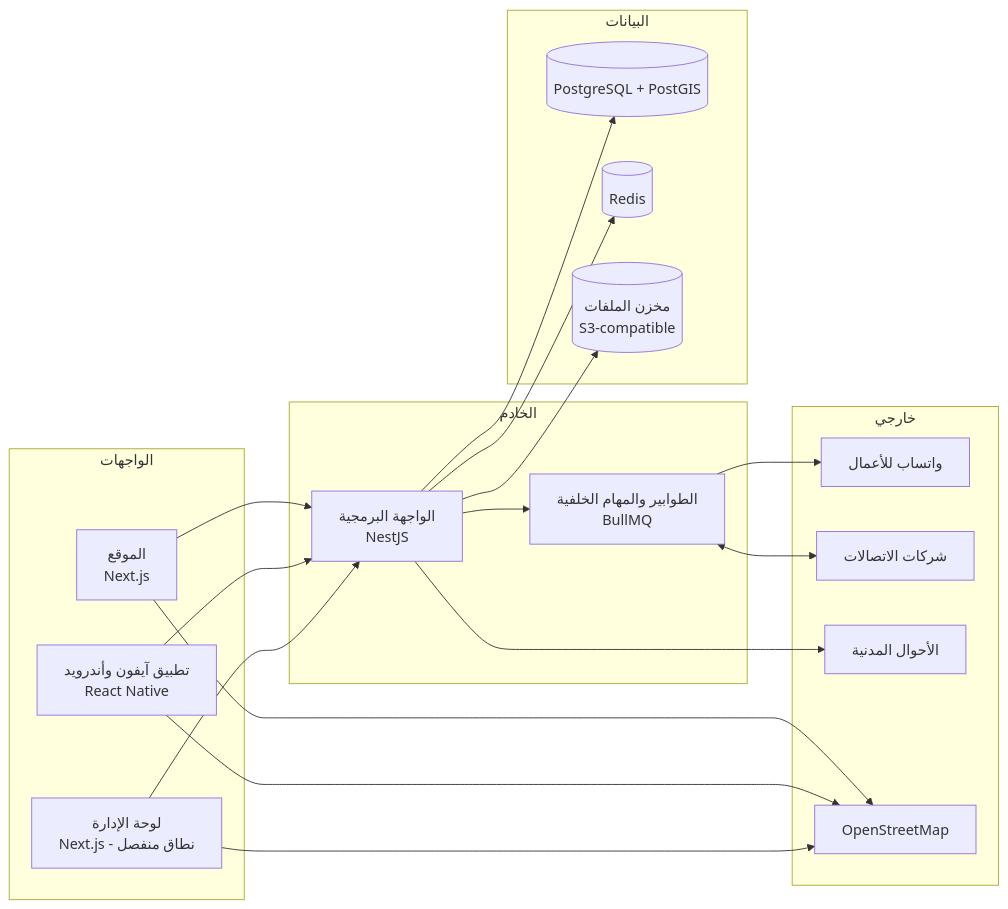
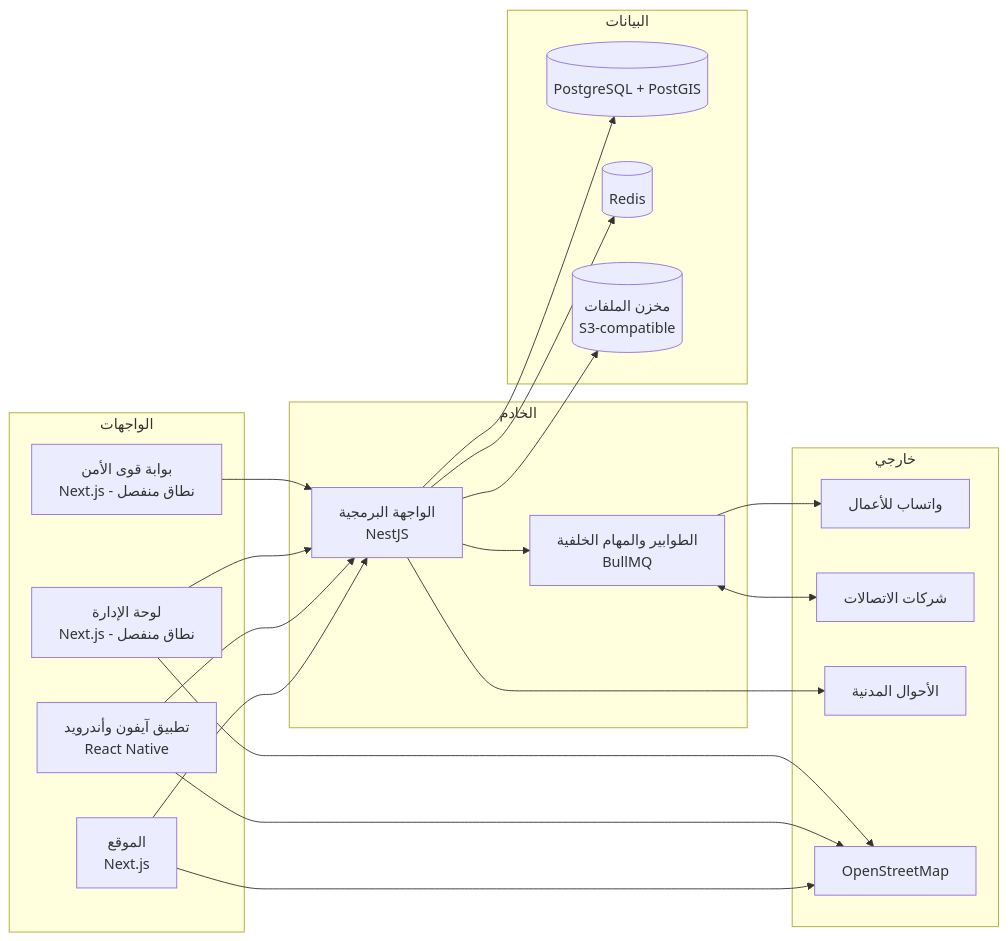
The diagram in docs/10-architecture-and-tech-stack.md (servacode/imei), drawn with Mermaid before and after one commit. The commit also changed other lines of this file and 11 other files, not shown here.

````diff
--- a/docs/10-architecture-and-tech-stack.md
+++ b/docs/10-architecture-and-tech-stack.md
@@ -17,36 +17,38 @@
 ```mermaid
 flowchart LR
     subgraph UI [الواجهات]
         W[الموقع<br/>Next.js]
         M[تطبيق آيفون وأندرويد<br/>React Native]
         AD[لوحة الإدارة<br/>Next.js - نطاق منفصل]
+        PO[بوابة قوى الأمن<br/>Next.js - نطاق منفصل]
     end
     subgraph BE [الخادم]
         API[الواجهة البرمجية<br/>NestJS]
         Q[الطوابير والمهام الخلفية<br/>BullMQ]
     end
     subgraph DATA [البيانات]
         DB[(PostgreSQL + PostGIS)]
         R[(Redis)]
         S[(مخزن الملفات<br/>S3-compatible)]
     end
     subgraph EXT [خارجي]
         WA[واتساب للأعمال]
         TEL[شركات الاتصالات]
         CIV[الأحوال المدنية]
         MAP[OpenStreetMap]
     end
     W --> API
     M --> API
     AD --> API
+    PO --> API
     API --> DB
     API --> R
     API --> S
     API --> Q
     Q --> WA
     Q <--> TEL
     API --> CIV
     W --> MAP
     M --> MAP
     AD --> MAP
 ```
````
